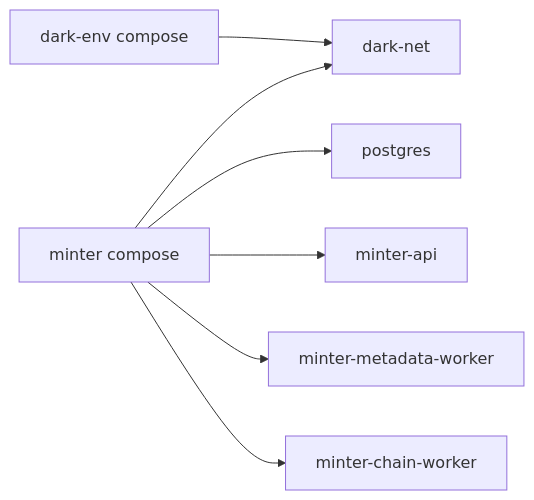
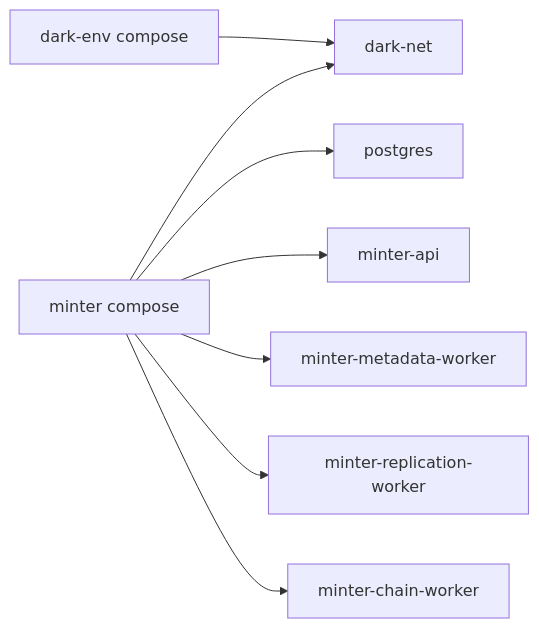
One commit to LA-Referencia-IOI/dark-core-minter-api changed diagram 12 of 12 in README.md. Above: the diagram before and after it, drawn with Mermaid. The commit also changed other lines of this file and 15 other files, not shown here.

Commit message:
feat: separate replication reconciliation worker

````diff
--- a/README.md
+++ b/README.md
@@ -620,9 +644,10 @@
 ```mermaid
 flowchart LR
     ENV["dark-env compose"] --> NET["dark-net"]
     MINTER["minter compose"] --> NET
     MINTER --> PG["postgres"]
     MINTER --> API["minter-api"]
     MINTER --> MW["minter-metadata-worker"]
+    MINTER --> RW["minter-replication-worker"]
     MINTER --> CW["minter-chain-worker"]
 ```
````
